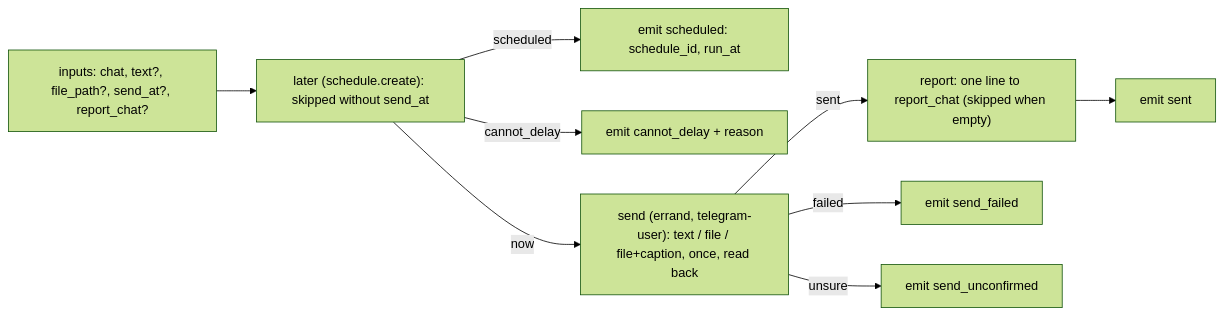
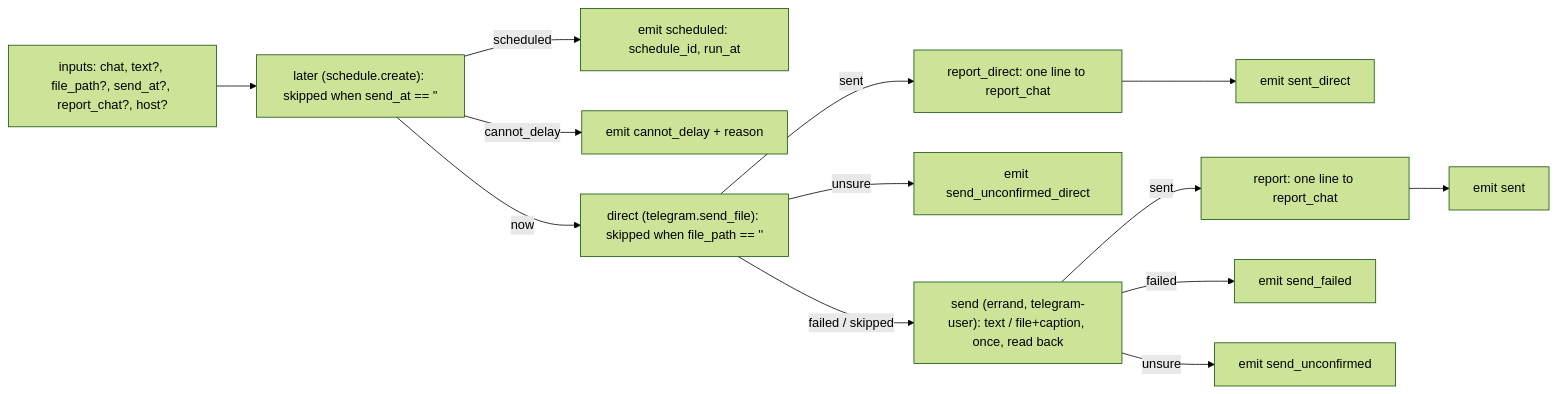
One commit to VKirill/bb-plugin-lane-pilot changed the diagram in docs/telegram-send.md. Above: the diagram before and after it, drawn with Mermaid (forest theme). The commit also changed other lines of this file and 18 other files, not shown here.

````diff
--- a/docs/telegram-send.md
+++ b/docs/telegram-send.md
@@ -6,10 +25,13 @@
 ```mermaid
 flowchart LR
-  I["inputs: chat, text?, file_path?, send_at?, report_chat?"] --> L["later (schedule.create): skipped without send_at"]
+  I["inputs: chat, text?, file_path?, send_at?, report_chat?, host?"] --> L["later (schedule.create): skipped when send_at == ''"]
   L -->|scheduled| C2["emit scheduled: schedule_id, run_at"]
   L -->|cannot_delay| C["emit cannot_delay + reason"]
-  L -->|now| S["send (errand, telegram-user): text / file / file+caption, once, read back"]
-  S -->|sent| T["report: one line to report_chat (skipped when empty)"] --> D["emit sent"]
+  L -->|now| D1["direct (telegram.send_file): skipped when file_path == ''"]
+  D1 -->|sent| T1["report_direct: one line to report_chat"] --> SD["emit sent_direct"]
+  D1 -->|unsure| UD["emit send_unconfirmed_direct"]
+  D1 -->|"failed / skipped"| S["send (errand, telegram-user): text / file+caption, once, read back"]
+  S -->|sent| T["report: one line to report_chat"] --> D["emit sent"]
   S -->|failed| F["emit send_failed"]
   S -->|unsure| U["emit send_unconfirmed"]
 ```
````
